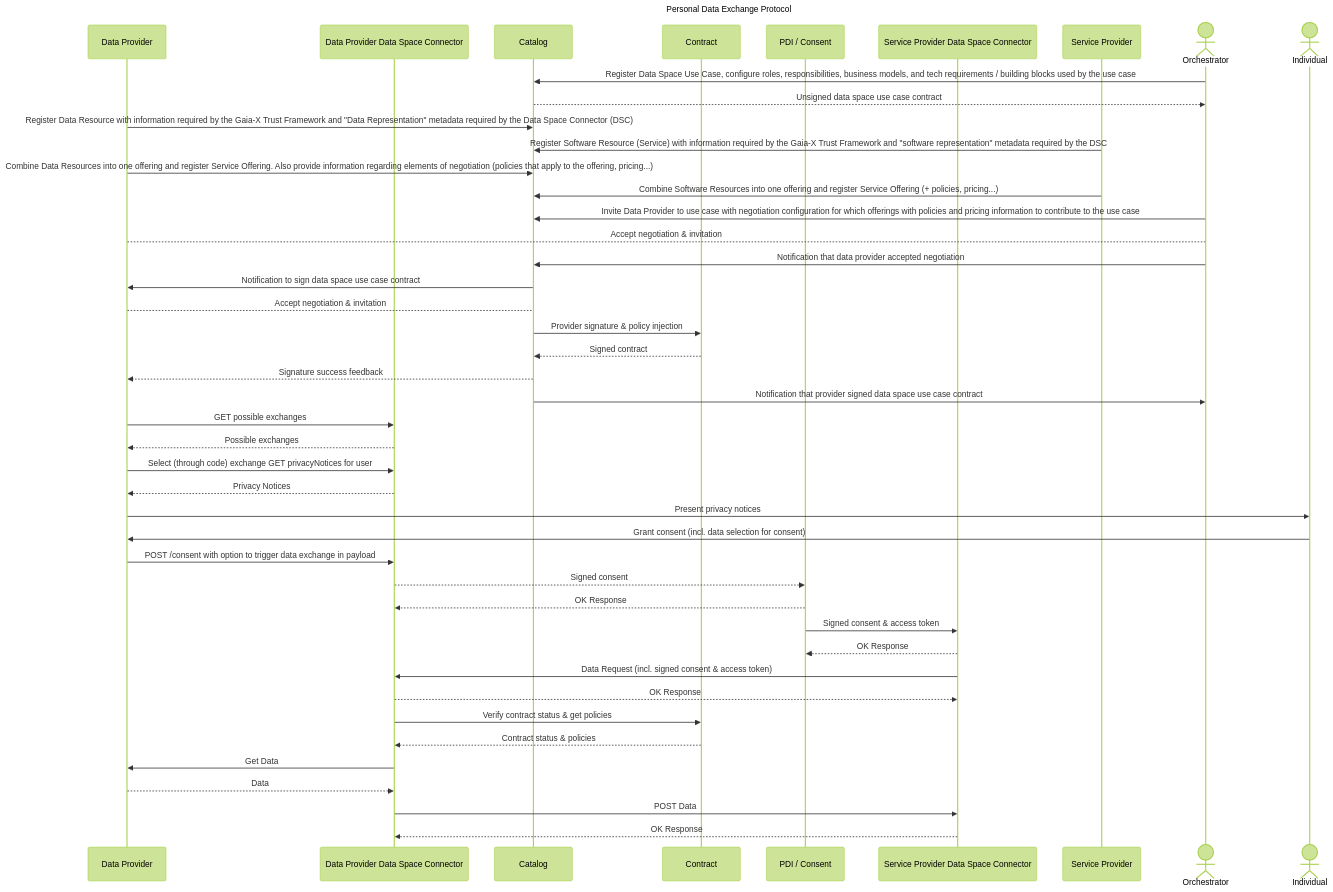
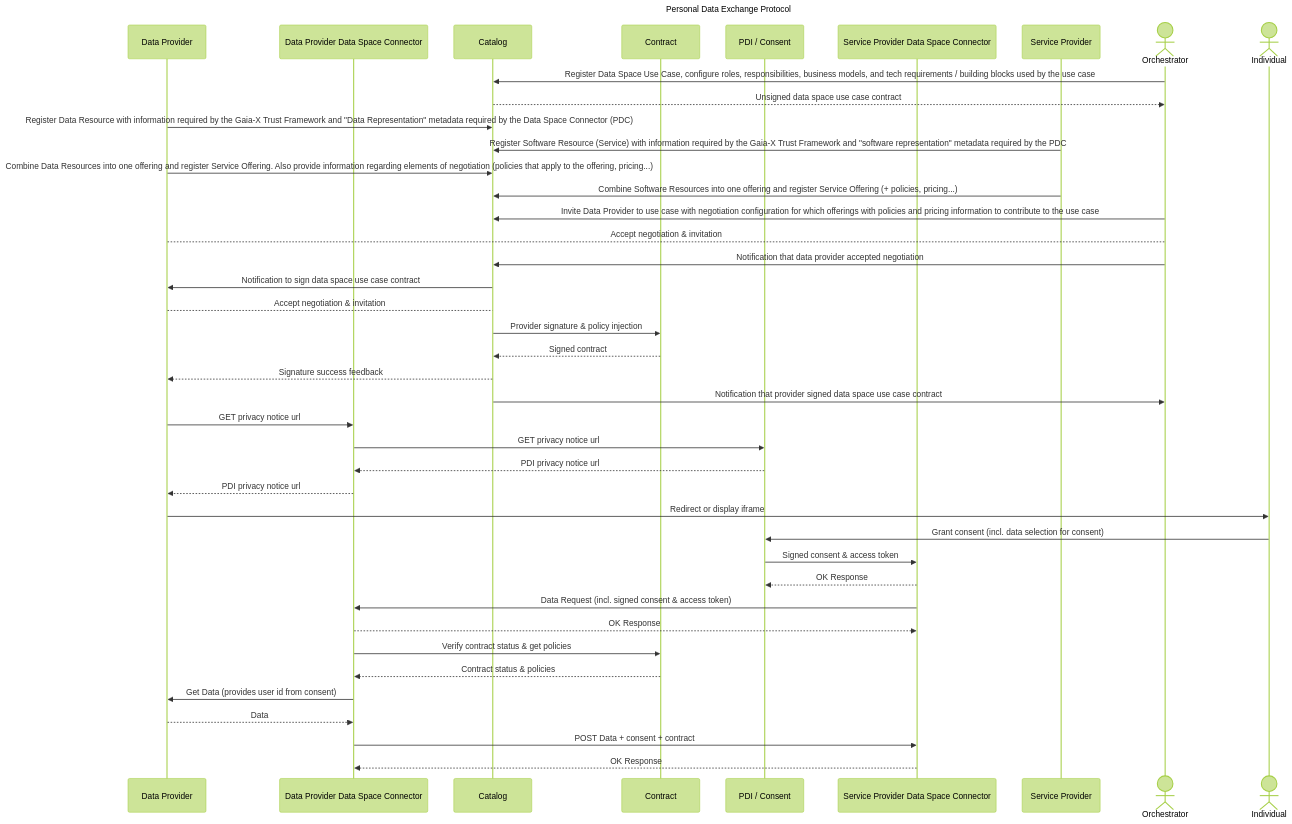
One commit to VisionsOfficial/visionstrust-docs changed the diagram in docs/guide/setting-up-for-consent.md. Above: the diagram before and after it, drawn with Mermaid (forest theme). The commit also changed other lines of this file and 10 other files, not shown here.

````diff
--- a/docs/guide/setting-up-for-consent.md
+++ b/docs/guide/setting-up-for-consent.md
@@ -352,53 +61,50 @@
 ```mermaid
 sequenceDiagram
     title Personal Data Exchange Protocol
 
     participant dp as Data Provider
     participant dpdc as Data Provider Data Space Connector
     participant cat as Catalog
     participant con as Contract
     participant pdi as PDI / Consent
     participant dcdc as Service Provider Data Space Connector
     participant dc as Service Provider
     actor oc as Orchestrator
     actor u as Individual
 
     oc->>cat: Register Data Space Use Case, configure roles, responsibilities, business models, and tech requirements / building blocks used by the use case
     cat-->>oc: Unsigned data space use case contract
 
-    dp->>cat: Register Data Resource with information required by the Gaia-X Trust Framework and "Data Representation" metadata required by the Data Space Connector (DSC)
-    dc->>cat: Register Software Resource (Service) with information required by the Gaia-X Trust Framework and "software representation" metadata required by the DSC
+    dp->>cat: Register Data Resource with information required by the Gaia-X Trust Framework and "Data Representation" metadata required by the Data Space Connector (PDC)
+    dc->>cat: Register Software Resource (Service) with information required by the Gaia-X Trust Framework and "software representation" metadata required by the PDC
 
     dp->>cat: Combine Data Resources into one offering and register Service Offering. Also provide information regarding elements of negotiation (policies that apply to the offering, pricing...)
     dc->>cat: Combine Software Resources into one offering and register Service Offering (+ policies, pricing...)
 
     oc->>cat: Invite Data Provider to use case with negotiation configuration for which offerings with policies and pricing information to contribute to the use case
     dp-->oc: Accept negotiation & invitation
     oc->>cat: Notification that data provider accepted negotiation
     cat->>dp: Notification to sign data space use case contract
     dp-->cat: Accept negotiation & invitation
     cat->>con: Provider signature & policy injection
     con-->>cat: Signed contract
     cat-->>dp: Signature success feedback
     cat->>oc: Notification that provider signed data space use case contract
 
-    dp->>dpdc: GET possible exchanges
-    dpdc-->>dp: Possible exchanges
-    dp->>dpdc: Select (through code) exchange GET privacyNotices for user
-    dpdc-->>dp: Privacy Notices
-    dp->>u: Present privacy notices
-    u->>dp: Grant consent (incl. data selection for consent)
-    dp->>dpdc: POST /consent with option to trigger data exchange in payload
-    dpdc-->>pdi: Signed consent
-    pdi-->>dpdc: OK Response
+    dp->>dpdc: GET privacy notice url
+    dpdc->>pdi: GET privacy notice url
+    pdi-->>dpdc: PDI privacy notice url
+    dpdc-->>dp: PDI privacy notice url
+    dp->>u: Redirect or display iframe
+    u->>pdi: Grant consent (incl. data selection for consent)
     pdi->>dcdc: Signed consent & access token
     dcdc-->>pdi: OK Response
     dcdc->>dpdc: Data Request (incl. signed consent & access token)
     dpdc-->>dcdc: OK Response
     dpdc->>con: Verify contract status & get policies
     con-->>dpdc: Contract status & policies
-    dpdc->>dp: Get Data
+    dpdc->>dp: Get Data (provides user id from consent)
     dp-->>dpdc: Data
-    dpdc->>dcdc: POST Data
+    dpdc->>dcdc: POST Data + consent + contract
     dcdc-->>dpdc: OK Response
 ```
````
